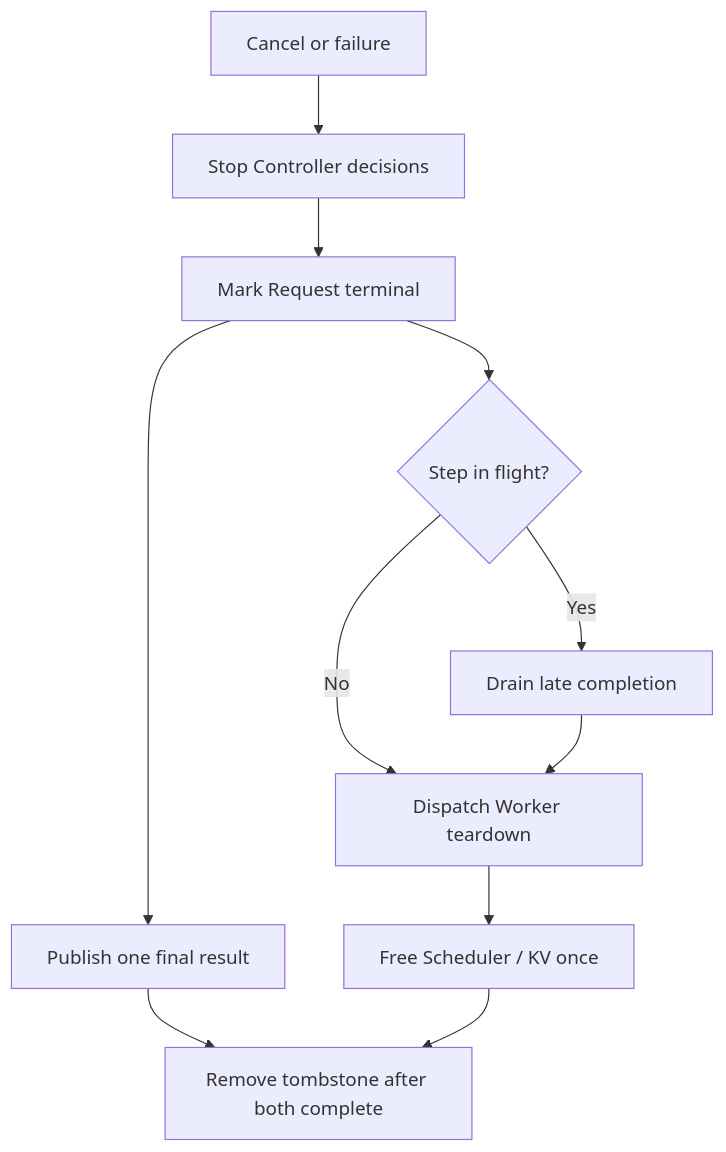
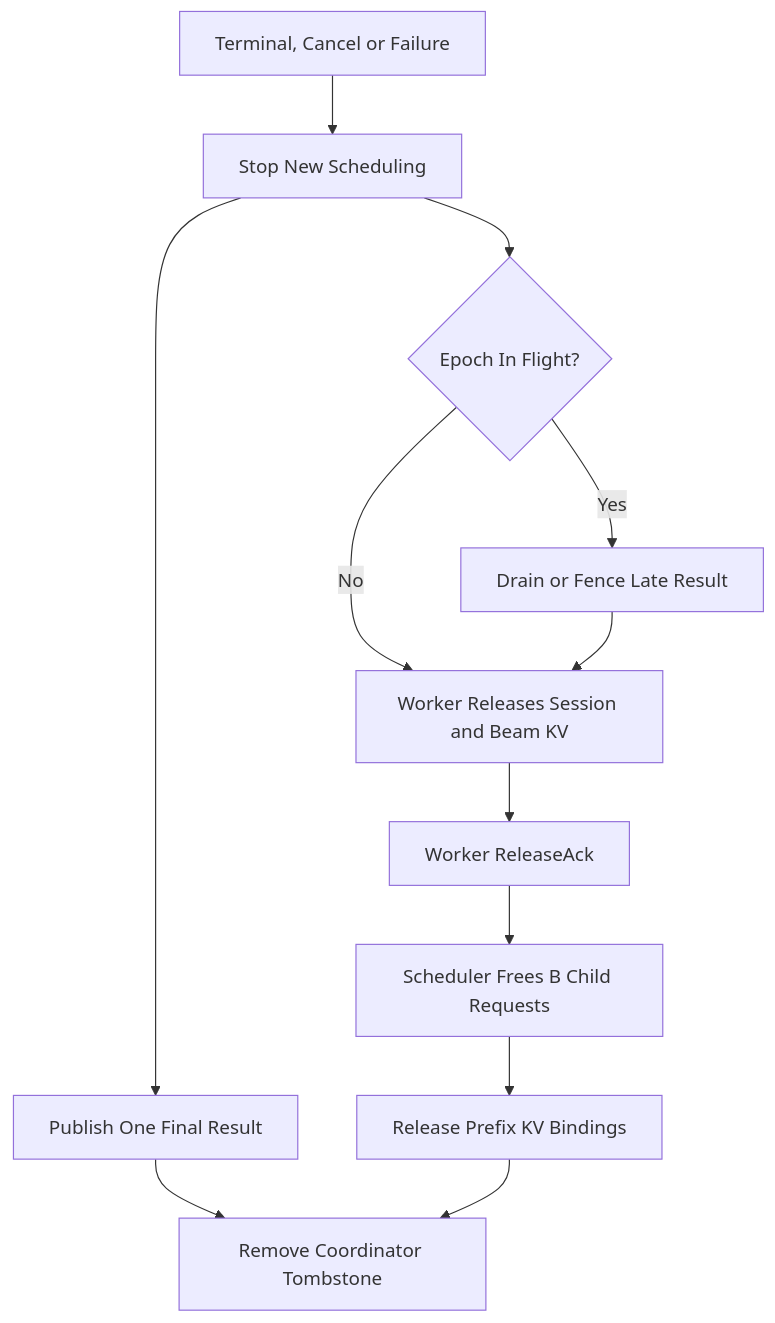
One commit to zhanghanleo10/gr-related changed the ninth of 10 diagrams in GR/engine_owned_persistent_beam_session_feature_design.md. Above: the diagram before and after it, drawn with Mermaid. The commit also changed other lines of this file, not shown here.

Commit message:
Update persistent beam session architecture

```diff
--- a/GR/engine_owned_persistent_beam_session_feature_design.md
+++ b/GR/engine_owned_persistent_beam_session_feature_design.md
@@ -922,22 +879,25 @@
 ~~~mermaid
 flowchart TD
-    X["Cancel or failure"]
-    C["Stop Controller decisions"]
-    S["Mark Request terminal"]
-    R["Publish one final result"]
-    I{"Step in flight?"}
-    D["Drain late completion"]
-    W["Dispatch Worker teardown"]
-    K["Free Scheduler / KV once"]
-    Z["Remove tombstone after both complete"]
+    TERM["Terminal, Cancel or Failure"]
+    STOP["Stop New Scheduling"]
+    LATE{"Epoch In Flight?"}
+    DRAIN["Drain or Fence Late Result"]
+    FINAL["Publish One Final Result"]
+    WFREE["Worker Releases Session and Beam KV"]
+    ACK["Worker ReleaseAck"]
+    CFREE["Scheduler Frees B Child Requests"]
+    PFREE["Release Prefix KV Bindings"]
+    REMOVE["Remove Coordinator Tombstone"]
 
-    X --> C --> S
-    S --> R
-    S --> I
-    I -->|Yes| D
-    I -->|No| W
-    D --> W
-    W --> K
-    R --> Z
-    K --> Z
+    TERM --> STOP
+    STOP --> LATE
+    LATE -->|Yes| DRAIN
+    LATE -->|No| WFREE
+    DRAIN --> WFREE
+    STOP --> FINAL
+    WFREE --> ACK
+    ACK --> CFREE
+    CFREE --> PFREE
+    FINAL --> REMOVE
+    PFREE --> REMOVE
 ~~~
```
